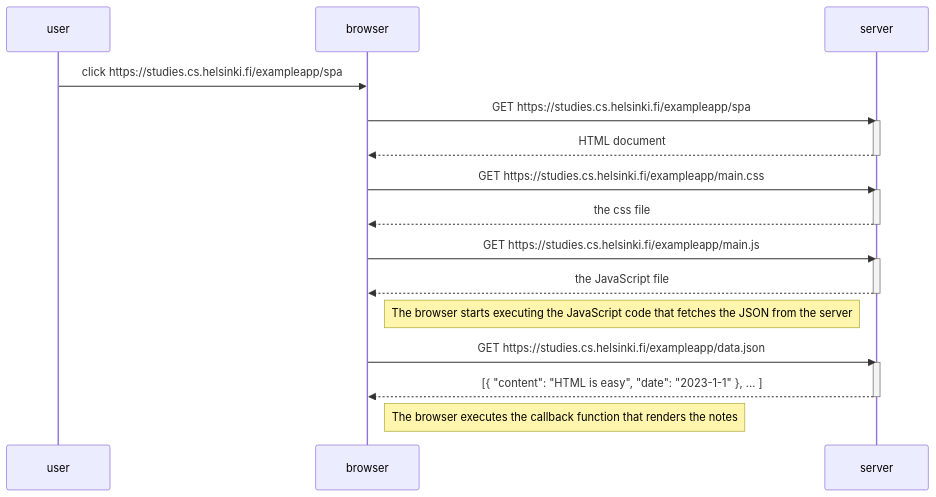
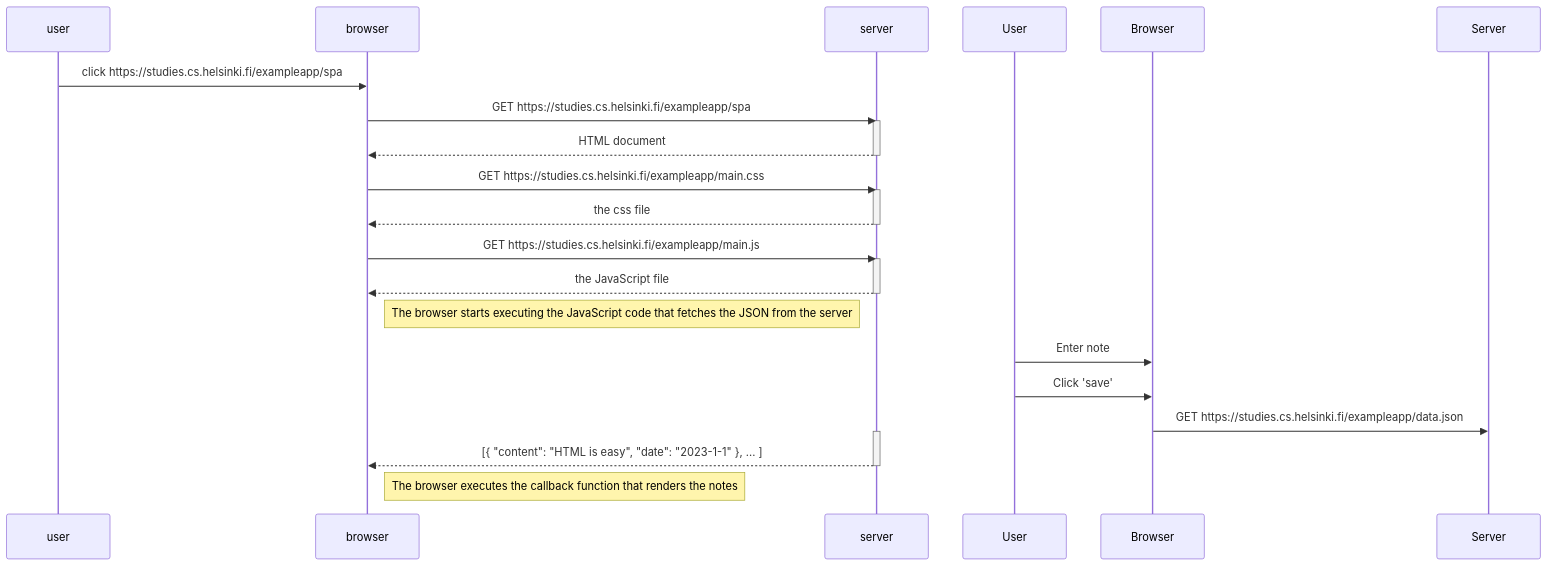
The diagram in part 0/0.5-single-page-app-diagram.md (auniraden/fullStackOpen), drawn with Mermaid before and after one commit.

````diff
--- a/part 0/0.5-single-page-app-diagram.md
+++ b/part 0/0.5-single-page-app-diagram.md
@@ -1,30 +1,32 @@
 ```mermaid
     sequenceDiagram
         participant user
         participant browser
         participant server
 
         user->>browser: click https://studies.cs.helsinki.fi/exampleapp/spa
         browser->>server: GET https://studies.cs.helsinki.fi/exampleapp/spa
         activate server
         server-->>browser: HTML document
         deactivate server
 
         browser->>server: GET https://studies.cs.helsinki.fi/exampleapp/main.css
         activate server
         server-->>browser: the css file
         deactivate server
 
         browser->>server: GET https://studies.cs.helsinki.fi/exampleapp/main.js
         activate server
         server-->>browser: the JavaScript file
         deactivate server
 
         Note right of browser: The browser starts executing the JavaScript code that fetches the JSON from the server
 
-        browser->>server: GET https://studies.cs.helsinki.fi/exampleapp/data.json
+        User->>Browser: Enter note
+        User->>Browser: Click 'save'
+        Browser->>Server: GET https://studies.cs.helsinki.fi/exampleapp/data.json
         activate server
         server-->>browser: [{ "content": "HTML is easy", "date": "2023-1-1" }, ... ]
         deactivate server
         Note right of browser: The browser executes the callback function that renders the notes
 ```
````
